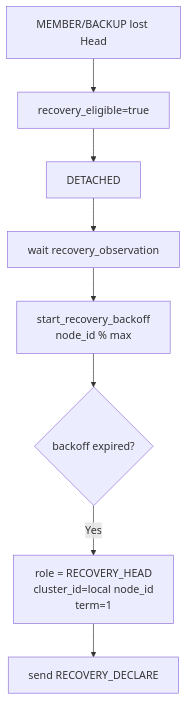
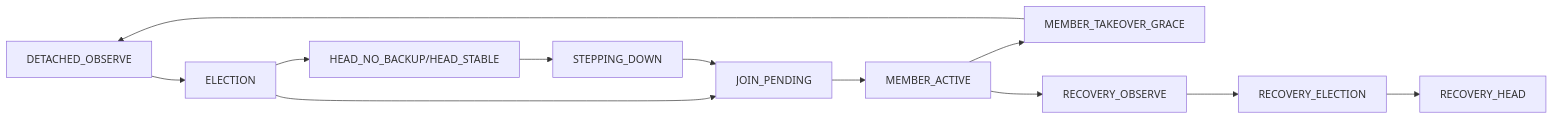
One commit to ice-infinite/UCN changed the diagram in docs/UCN_V5_Cluster_CURRENT_FSM.md. Above: the diagram before and after it, drawn with Mermaid. The commit also changed other lines of this file and 75 other files, not shown here.

````diff
--- a/docs/UCN_V5_Cluster_CURRENT_FSM.md
+++ b/docs/UCN_V5_Cluster_CURRENT_FSM.md
@@ -2422,10 +55,14 @@
 ```mermaid
-flowchart TD
-    M[MEMBER/BACKUP lost Head] --> RE[recovery_eligible=true]
-    RE --> D[DETACHED]
-    D --> O[wait recovery_observation]
-    O --> B[start_recovery_backoff<br/>node_id % max]
-    B --> T{backoff expired?}
-    T -->|Yes| RH[role = RECOVERY_HEAD<br/>cluster_id=local node_id<br/>term=1]
-    RH --> DECL[send RECOVERY_DECLARE]
+flowchart LR
+  D[DETACHED_OBSERVE] --> E[ELECTION]
+  E --> H[HEAD_NO_BACKUP/HEAD_STABLE]
+  E --> J[JOIN_PENDING]
+  J --> M[MEMBER_ACTIVE]
+  M --> G[MEMBER_TAKEOVER_GRACE]
+  G --> D
+  H --> S[STEPPING_DOWN]
+  S --> J
+  M --> RO[RECOVERY_OBSERVE]
+  RO --> RE[RECOVERY_ELECTION]
+  RE --> RH[RECOVERY_HEAD]
 ```
````
